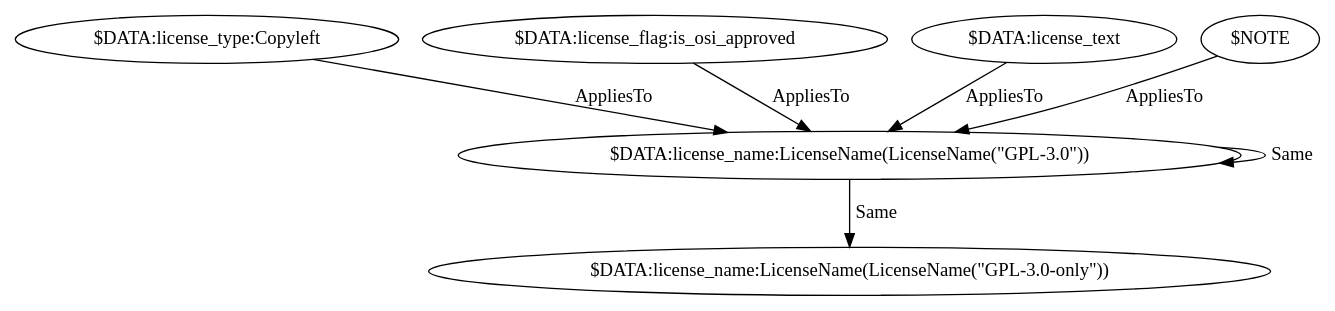
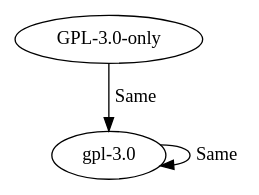
The diagram in test_output/source_scancode/GPL-3.0-only.dot (maxhbr/LDBcollector), drawn with Graphviz before and after one commit. The commit also changed 55 other files, not shown here.

```diff
--- a/test_output/source_scancode/GPL-3.0-only.dot
+++ b/test_output/source_scancode/GPL-3.0-only.dot
@@ -1,14 +1,6 @@
 digraph {
-    41 [ label = "$DATA:license_type:Copyleft" ]
-    88 [ label = "$DATA:license_flag:is_osi_approved" ]
-    3300 [ label = "$DATA:license_name:LicenseName(LicenseName(\"GPL-3.0-only\"))" ]
-    3303 [ label = "$DATA:license_name:LicenseName(LicenseName(\"GPL-3.0\"))" ]
-    3304 [ label = "$DATA:license_text" ]
-    3305 [ label = "$NOTE" ]
-    3303 -> 3300 [ label = "Same" ]
-    3303 -> 3303 [ label = "Same" ]
-    41 -> 3303 [ label = "AppliesTo" ]
-    3304 -> 3303 [ label = "AppliesTo" ]
-    88 -> 3303 [ label = "AppliesTo" ]
-    3305 -> 3303 [ label = "AppliesTo" ]
+    4678 [ label = "gpl-3.0" ]
+    4679 [ label = "GPL-3.0-only" ]
+    4679 -> 4678 [ label = "Same" ]
+    4678 -> 4678 [ label = "Same" ]
 }
```
